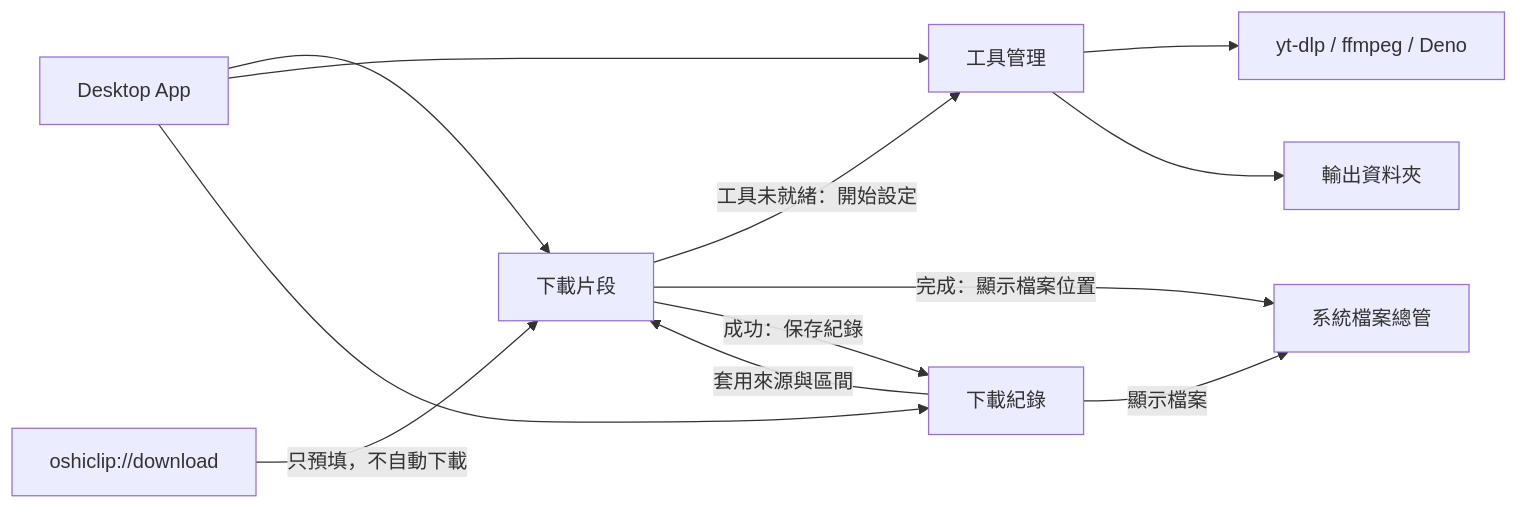
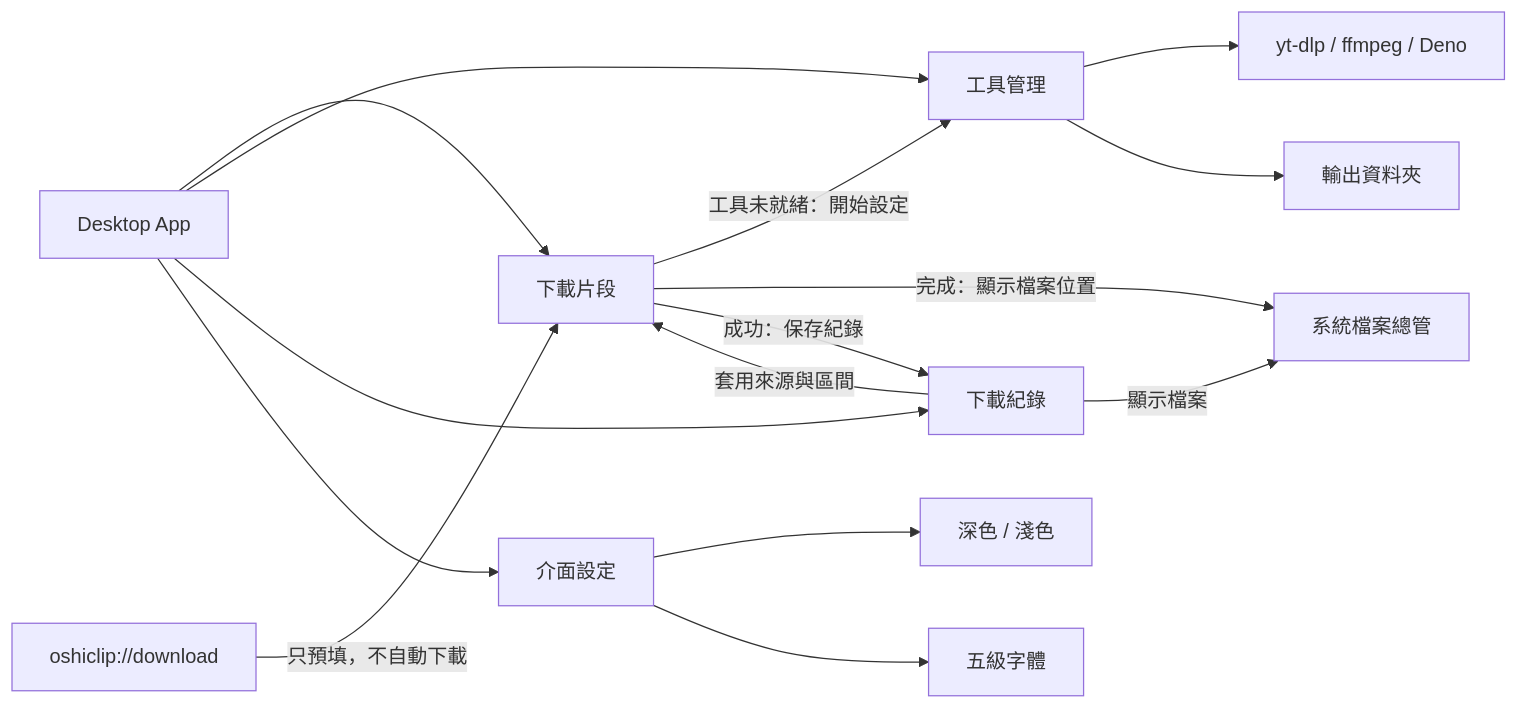
Before and after one commit to hydai/OshiClip: the first of 3 diagrams in UI-spec.md, drawn with Mermaid. The commit also changed other lines of this file and 13 other files, not shown here.

````diff
--- a/UI-spec.md
+++ b/UI-spec.md
@@ -68,14 +70,17 @@
 ```mermaid
 flowchart LR
     App[Desktop App] --> Download[下載片段]
     App --> Tools[工具管理]
     App --> History[下載紀錄]
+    App --> Settings[介面設定]
     Download -->|工具未就緒：開始設定| Tools
     Download -->|完成：顯示檔案位置| Explorer[系統檔案總管]
     Download -->|成功：保存紀錄| History
     History -->|顯示檔案| Explorer
     History -->|套用來源與區間| Download
     Tools --> ToolCards[yt-dlp / ffmpeg / Deno]
     Tools --> Output[輸出資料夾]
+    Settings --> Theme[深色 / 淺色]
+    Settings --> FontSize[五級字體]
     DeepLink[oshiclip://download] -->|只預填，不自動下載| Download
 ```
````
